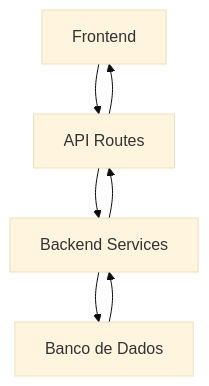
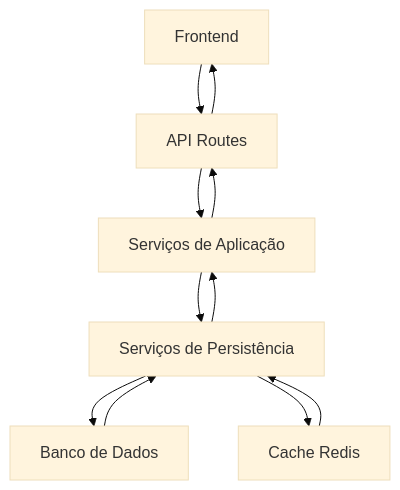
The first of 7 diagrams in .qoder/repowiki/pt/content/Módulos de Funcionalidade/Gestao Usuarios Permissoes.md (SinesysTech/zattar-os), drawn with Mermaid (base theme) before and after one commit. The commit also changed other lines of this file and 14 other files, not shown here.

````diff
--- a/.qoder/repowiki/pt/content/Módulos de Funcionalidade/Gestao Usuarios Permissoes.md
+++ b/.qoder/repowiki/pt/content/Módulos de Funcionalidade/Gestao Usuarios Permissoes.md
@@ -51,9 +48,13 @@
 ```mermaid
 graph TD
 A[Frontend] --> B[API Routes]
-B --> C[Backend Services]
-C --> D[Banco de Dados]
+B --> C[Serviços de Aplicação]
+C --> D[Serviços de Persistência]
+D --> E[Banco de Dados]
+E --> D
 D --> C
 C --> B
 B --> A
+F[Cache Redis] --> D
+D --> F
 ```
````
